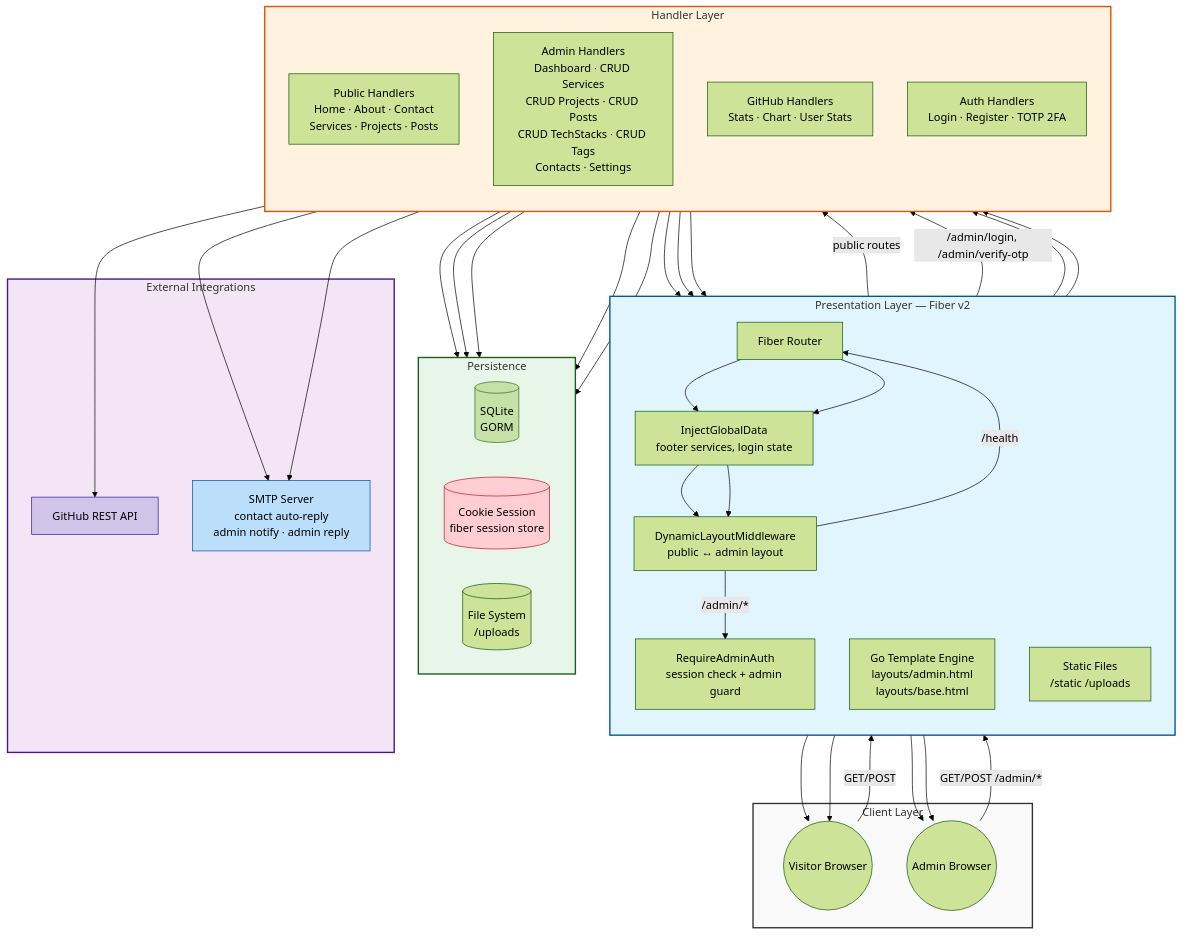
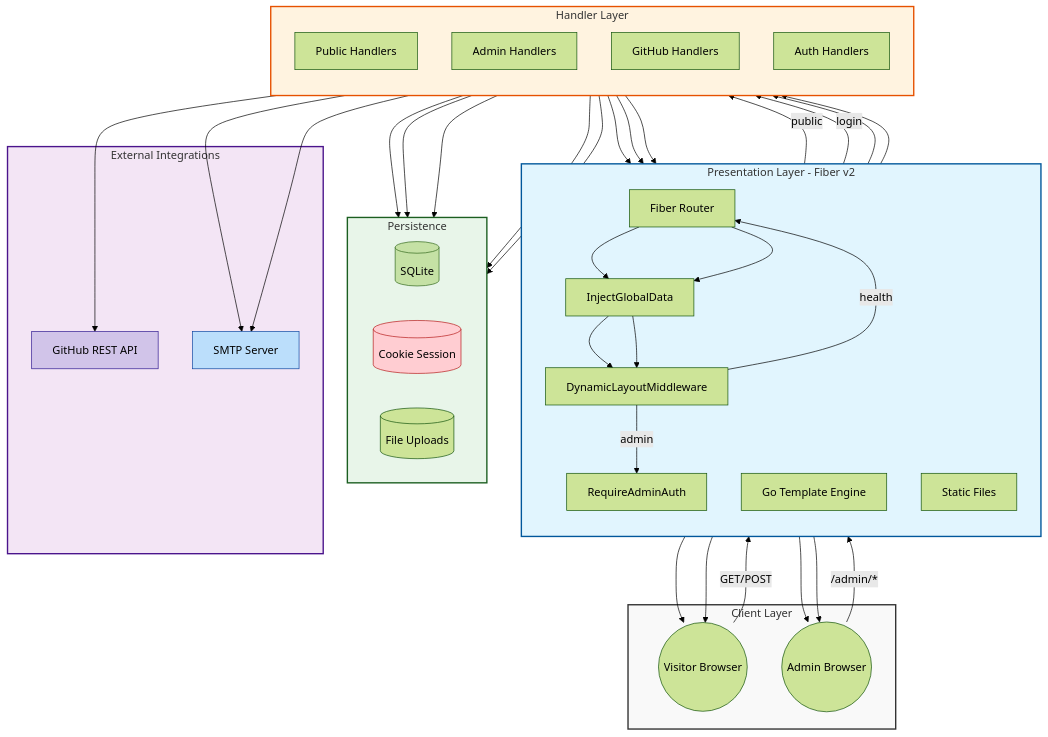
The diagram in README.md (C9b3rD3vi1/forge), drawn with Mermaid (forest theme) before and after one commit.

Commit message:
fix: simplify mermaid diagram labels to avoid GitHub rendering failure

````diff
--- a/README.md
+++ b/README.md
@@ -139,80 +139,73 @@
 ```mermaid
 graph TB
-    subgraph Client_Layer [Client Layer]
+    subgraph Client_Layer[Client Layer]
         Visitor((Visitor Browser))
         Admin((Admin Browser))
     end
 
-    subgraph Presentation_Layer [Presentation Layer — Fiber v2]
+    subgraph Presentation_Layer[Presentation Layer - Fiber v2]
         direction TB
         Router[Fiber Router]
-        MW_Inject[InjectGlobalData\nfooter services, login state]
-        MW_Layout[DynamicLayoutMiddleware\npublic ↔ admin layout]
-        MW_Auth[RequireAdminAuth\nsession check + admin guard]
-        TEngine[Go Template Engine\nlayouts/admin.html\nlayouts/base.html]
-        Static[Static Files\n/static /uploads]
+        MW_Inject[InjectGlobalData]
+        MW_Layout[DynamicLayoutMiddleware]
+        MW_Auth[RequireAdminAuth]
+        TEngine[Go Template Engine]
+        Static[Static Files]
     end
 
-    subgraph Handler_Layer [Handler Layer]
+    subgraph Handler_Layer[Handler Layer]
         direction TB
-        PublicH[Public Handlers\nHome · About · Contact\nServices · Projects · Posts]
-        AdminH[Admin Handlers\nDashboard · CRUD Services\nCRUD Projects · CRUD Posts\nCRUD TechStacks · CRUD Tags\nContacts · Settings]
-        GitHubH[GitHub Handlers\nStats · Chart · User Stats]
-        AuthH[Auth Handlers\nLogin · Register · TOTP 2FA]
+        PublicH[Public Handlers]
+        AdminH[Admin Handlers]
+        GitHubH[GitHub Handlers]
+        AuthH[Auth Handlers]
     end
 
-    subgraph Data_Layer [Persistence]
+    subgraph Data_Layer[Persistence]
         direction LR
-        DB[(SQLite\nGORM)]
-        Session[(Cookie Session\nfiber session store)]
-        Uploads[(File System\n/uploads)]
+        DB[(SQLite)]
+        Session[(Cookie Session)]
+        Uploads[(File Uploads)]
     end
 
-    subgraph External_Layer [External Integrations]
+    subgraph External_Layer[External Integrations]
         GH_API[GitHub REST API]
-        SMTP[SMTP Server\ncontact auto-reply\nadmin notify · admin reply]
+        SMTP[SMTP Server]
     end
 
-    %% Request flow — Public
     Visitor -->|GET/POST| Router
     Router --> MW_Inject
     MW_Inject --> MW_Layout
-    MW_Layout -->|public routes| PublicH
-    MW_Layout -->|/health| Router
+    MW_Layout -->|public| PublicH
+    MW_Layout -->|health| Router
     PublicH --> DB
     PublicH --> SMTP
 
-    %% Request flow — Admin
-    Admin -->|GET/POST /admin/*| Router
+    Admin -->|/admin/*| Router
     Router --> MW_Inject
     MW_Inject --> MW_Layout
-    MW_Layout -->|/admin/login, /admin/verify-otp| AuthH
-    MW_Layout -->|/admin/*| MW_Auth
+    MW_Layout -->|login| AuthH
+    MW_Layout -->|admin| MW_Auth
     MW_Auth --> AdminH
     MW_Auth --> AuthH
     AdminH --> DB
     AdminH --> Uploads
     AdminH --> SMTP
 
-    %% Auth
     AuthH --> Session
     AuthH --> DB
 
-    %% GitHub
     GitHubH --> GH_API
 
-    %% Template rendering
     PublicH --> TEngine
     AdminH --> TEngine
     AuthH --> TEngine
     TEngine --> Visitor
     TEngine --> Admin
 
-    %% Static
     Static --> Visitor
     Static --> Admin
 
-    %% Styling
     style Client_Layer fill:#f9f9f9,stroke:#333,stroke-width:2px
     style Presentation_Layer fill:#e1f5fe,stroke:#01579b,stroke-width:2px
     style Handler_Layer fill:#fff3e0,stroke:#e65100,stroke-width:2px
````
